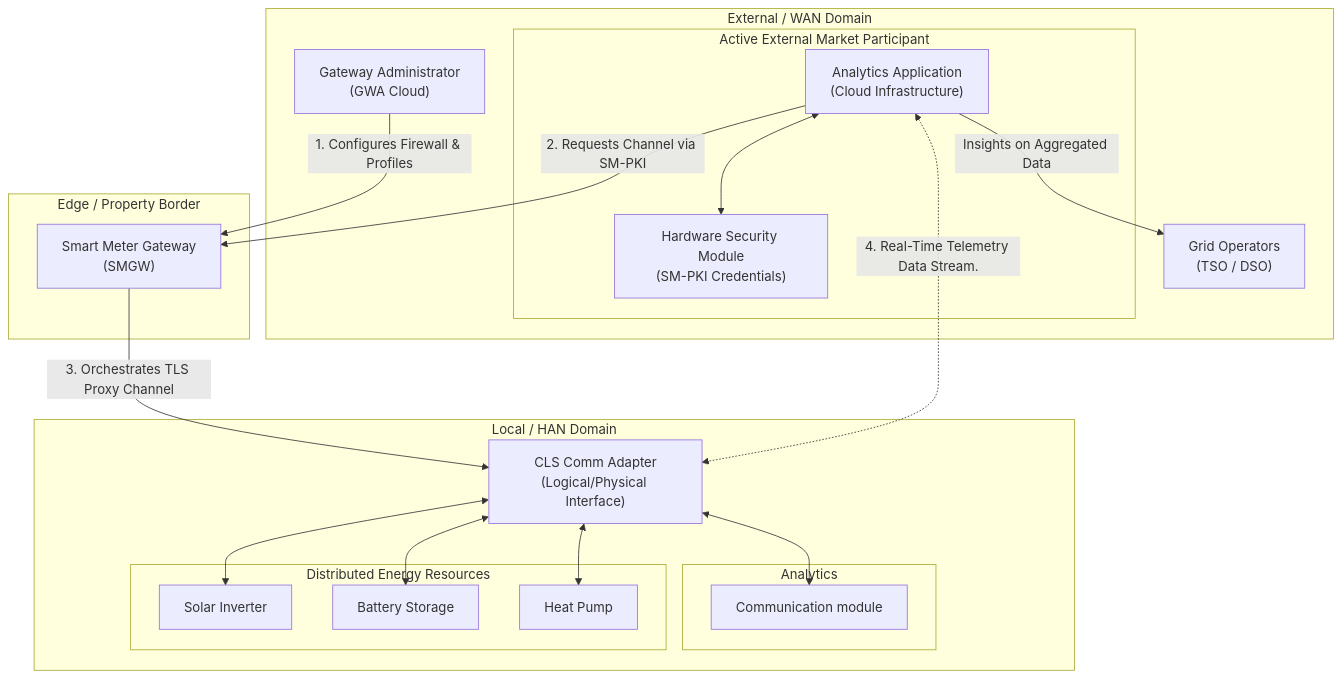
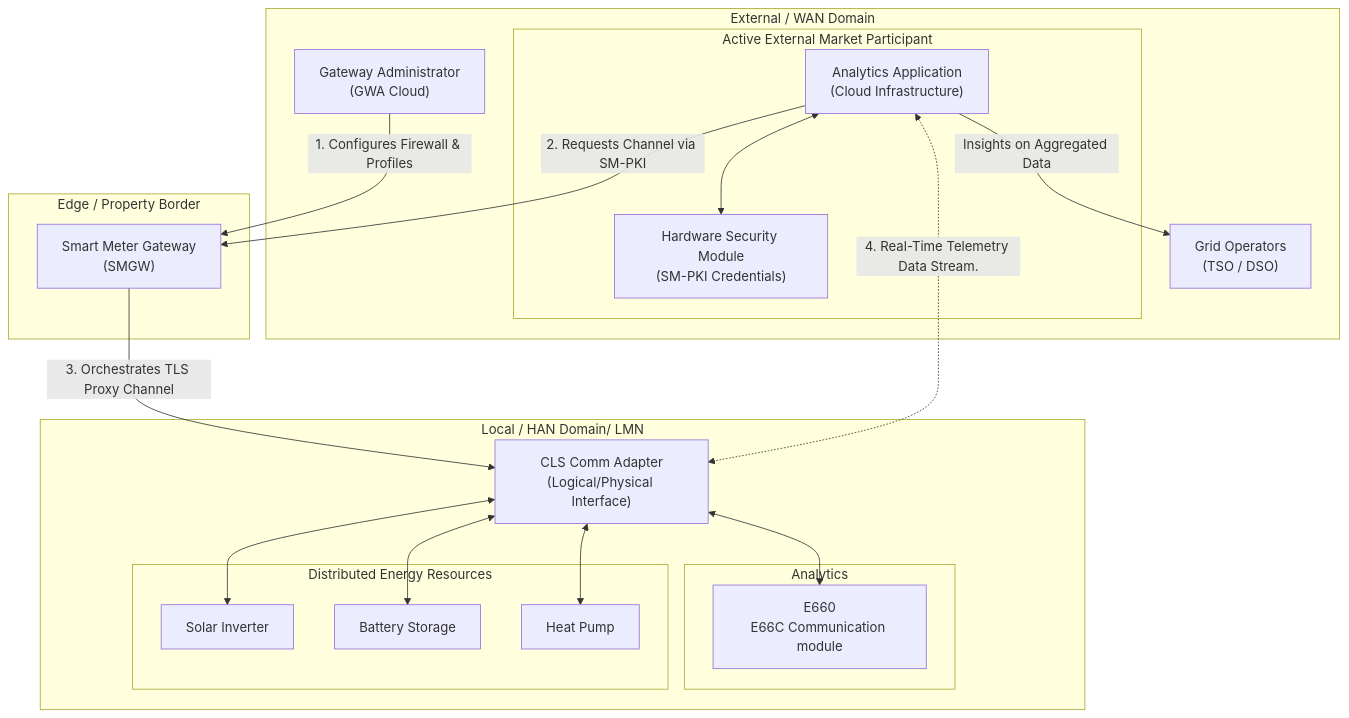
One commit to sbhrwl/microservices changed the diagram in CLS.md. Above: the diagram before and after it, drawn with Mermaid.

````diff
--- a/CLS.md
+++ b/CLS.md
@@ -2,47 +2,47 @@
 ```mermaid
 graph TD
     %% External / WAN Domain
     subgraph WAN [External / WAN Domain]
         subgraph EMT [Active External Market Participant]
             App["Analytics Application<br/>(Cloud Infrastructure)"]
             HSM["Hardware Security Module<br/>(SM-PKI Credentials)"]
             App <--> HSM
         end
         
         GWA["Gateway Administrator<br/>(GWA Cloud)"]
         Operators["Grid Operators<br/>(TSO / DSO)"]
         
         App -->|Insights on Aggregated Data| Operators
     end
 
     %% Edge Border
     subgraph Edge [Edge / Property Border]
         SMGW["Smart Meter Gateway<br/>(SMGW)"]
     end
 
     %% Local / HAN Domain
-    subgraph HAN [Local / HAN Domain]
+    subgraph HAN [Local / HAN Domain/ LMN]
         CLS["CLS Comm Adapter<br/>(Logical/Physical Interface)"]
 
         subgraph E660 [Analytics]
-            E66C["Communication module"]
+            E66C["E660\nE66C Communication module"]
         end
         
         subgraph DER [Distributed Energy Resources]
             Inverter["Solar Inverter"]
             Battery["Battery Storage"]
             HP["Heat Pump"]
         end
         
         CLS <--> Inverter
         CLS <--> Battery
         CLS <--> HP
         CLS <--> E66C
     end
 
     %% Operational Orchestration and Data Flow
     GWA -->|1. Configures Firewall & Profiles| SMGW
     App -->|2. Requests Channel via SM-PKI| SMGW
     SMGW -->|3. Orchestrates TLS Proxy Channel| CLS
     App <.->|4. Real-Time Telemetry Data Stream.| CLS
 ```
````
